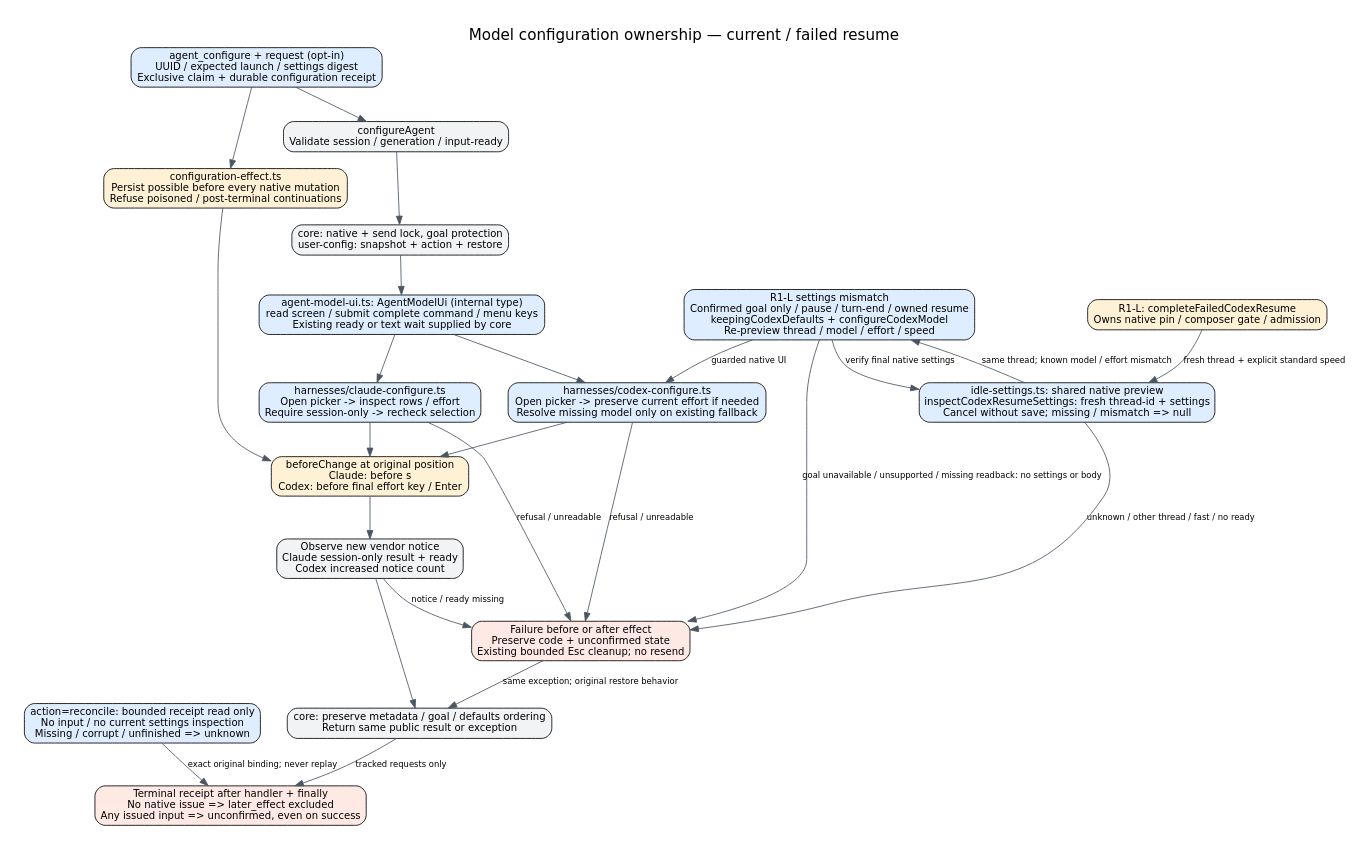
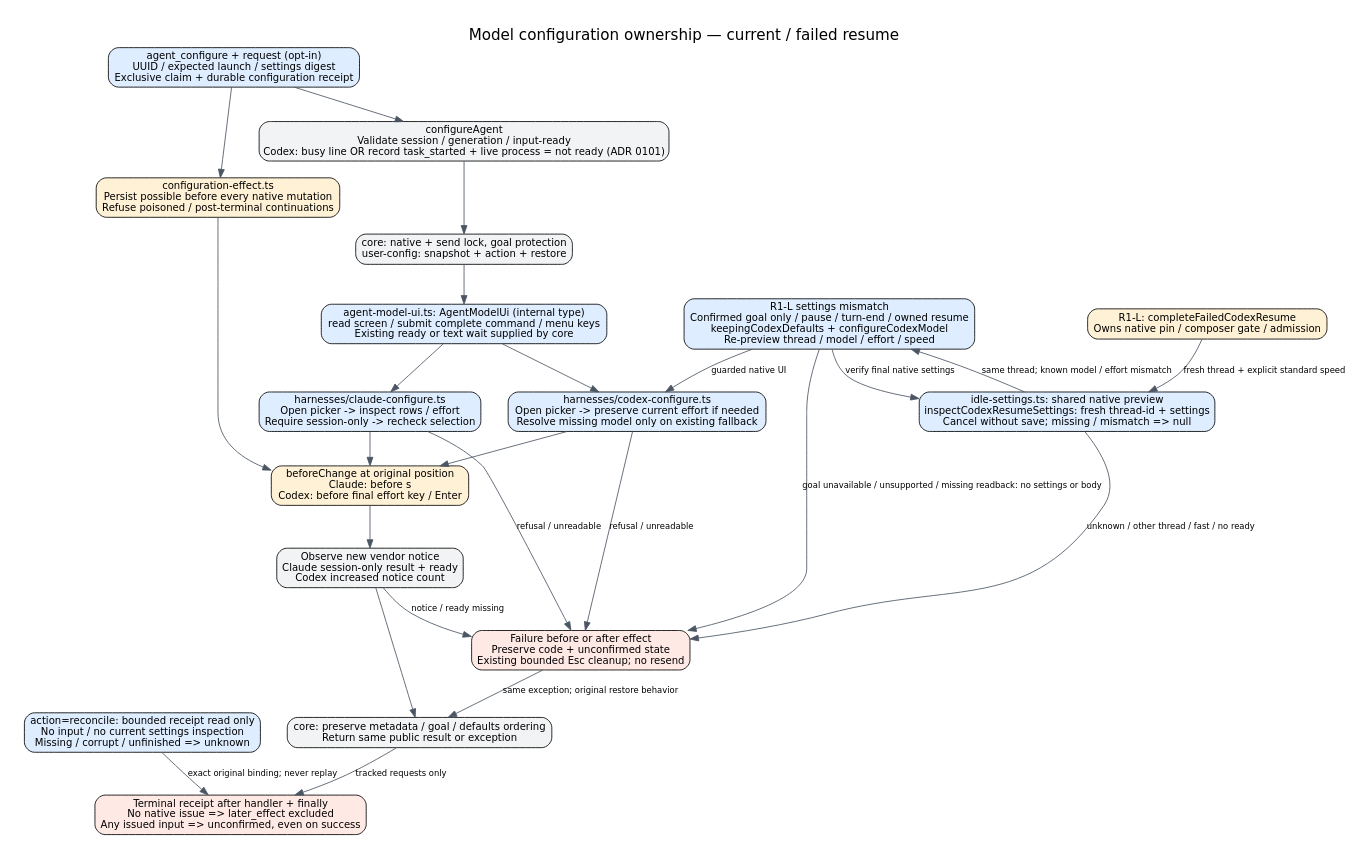
Before and after one commit to kitepon/aiterm-mcp: the diagram in docs/architecture/model-configuration.dot, drawn with Graphviz. The commit also changed 4 other files, not shown here.

First line of the commit message:
Keep agent_configure from typing into a streaming Codex turn

```diff
--- a/docs/architecture/model-configuration.dot
+++ b/docs/architecture/model-configuration.dot
@@ -1,47 +1,47 @@
 digraph configuration {
  graph [rankdir=TB,bgcolor="white",pad=0.3,nodesep=0.45,ranksep=0.55,fontname="DejaVu Sans",fontsize=18,label="Model configuration ownership — current / failed resume",labelloc=t];
  node [shape=box,style="rounded,filled",fillcolor="#f1f3f5",fontname="DejaVu Sans",fontsize=12];
  edge [fontname="DejaVu Sans",fontsize=10,color="#4b5563"];
- request [label="configureAgent\nValidate session / generation / input-ready"];
+ request [label="configureAgent\nValidate session / generation / input-ready\nCodex: busy line OR record task_started + live process = not ready (ADR 0101)"];
  tracked [label="agent_configure + request (opt-in)\nUUID / expected launch / settings digest\nExclusive claim + durable configuration receipt",fillcolor="#deedff"];
  effect_guard [label="configuration-effect.ts\nPersist possible before every native mutation\nRefuse poisoned / post-terminal continuations",fillcolor="#fff1d5"];
  reconcile [label="action=reconcile: bounded receipt read only\nNo input / no current settings inspection\nMissing / corrupt / unfinished => unknown",fillcolor="#deedff"];
  receipt [label="Terminal receipt after handler + finally\nNo native issue => later_effect excluded\nAny issued input => unconfirmed, even on success",fillcolor="#ffe9e4"];
  tracked -> request;
  tracked -> effect_guard;
  effect_guard -> sideeffect;
  result -> receipt [label="tracked requests only"];
  reconcile -> receipt [label="exact original binding; never replay"];
  lock [label="core: native + send lock, goal protection\nuser-config: snapshot + action + restore"];
  port [label="agent-model-ui.ts: AgentModelUi (internal type)\nread screen / submit complete command / menu keys\nExisting ready or text wait supplied by core",fillcolor="#deedff"];
  claude [label="harnesses/claude-configure.ts\nOpen picker -> inspect rows / effort\nRequire session-only -> recheck selection",fillcolor="#deedff"];
  codex [label="harnesses/codex-configure.ts\nOpen picker -> preserve current effort if needed\nResolve missing model only on existing fallback",fillcolor="#deedff"];
  sideeffect [label="beforeChange at original position\nClaude: before s\nCodex: before final effort key / Enter",fillcolor="#fff1d5"];
  observe [label="Observe new vendor notice\nClaude session-only result + ready\nCodex increased notice count"];
  result [label="core: preserve metadata / goal / defaults ordering\nReturn same public result or exception"];
  failure [label="Failure before or after effect\nPreserve code + unconfirmed state\nExisting bounded Esc cleanup; no resend",fillcolor="#ffe9e4"];
  preview [label="idle-settings.ts: shared native preview\ninspectCodexResumeSettings: fresh thread-id + settings\nCancel without save; missing / mismatch => null",fillcolor="#deedff"];
  repair [label="R1-L: completeFailedCodexResume\nOwns native pin / composer gate / admission",style="rounded,filled",fillcolor="#fff1d5"];
  repair -> preview [label="fresh thread + explicit standard speed"];
  restore_resume [label="R1-L settings mismatch
 Confirmed goal only / pause / turn-end / owned resume
 keepingCodexDefaults + configureCodexModel
 Re-preview thread / model / effort / speed",fillcolor="#deedff"];
  preview -> restore_resume [label="same thread; known model / effort mismatch"];
  restore_resume -> codex [label="guarded native UI"];
  restore_resume -> failure [label="goal unavailable / unsupported / missing readback: no settings or body"];
  restore_resume -> preview [label="verify final native settings"];
  preview -> failure [label="unknown / other thread / fast / no ready"];
  request -> lock;
  lock -> port;
  port -> claude;
  port -> codex;
  claude -> sideeffect;
  codex -> sideeffect;
  sideeffect -> observe;
  observe -> result;
  claude -> failure [label="refusal / unreadable"];
  codex -> failure [label="refusal / unreadable"];
  observe -> failure [label="notice / ready missing"];
  failure -> result [label="same exception; original restore behavior"];
 }
```
